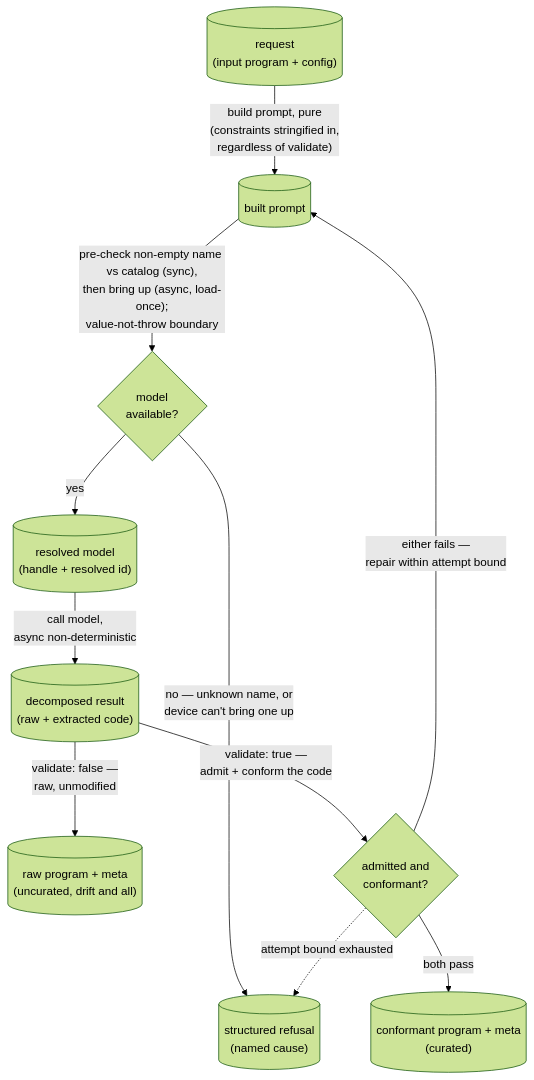
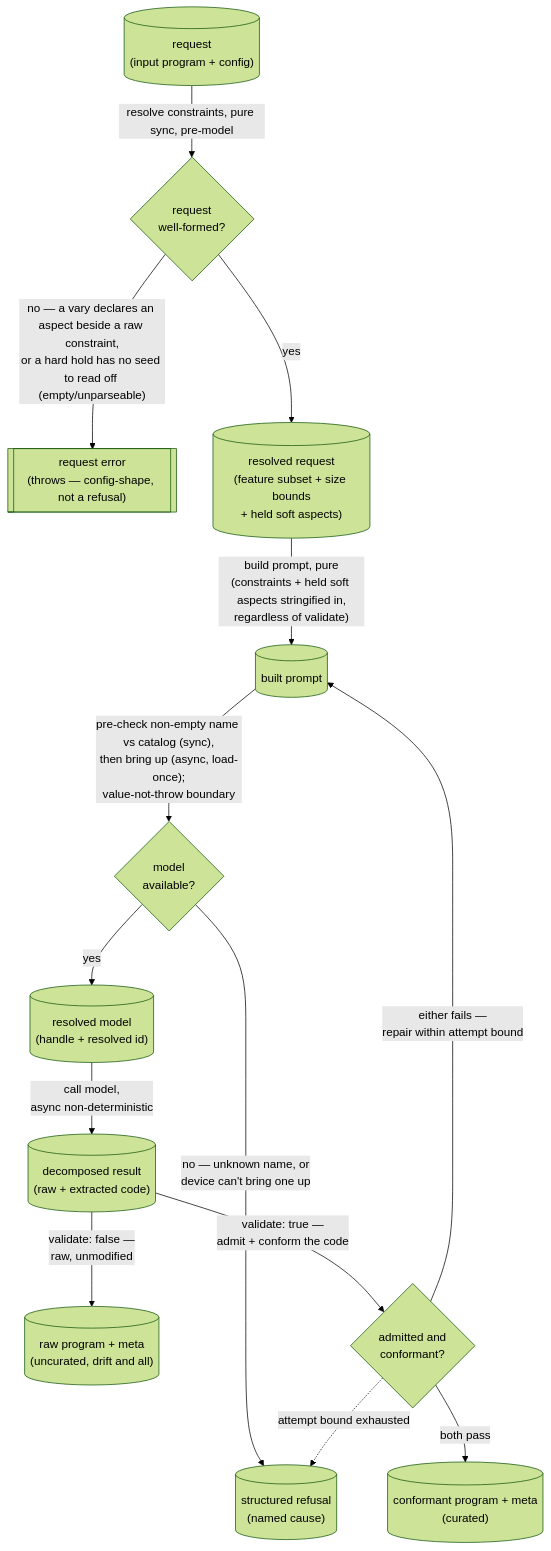
Before and after one commit to codeschoolinabox/curricula: the diagram in src/lib/study-lenses/embody/language-levels/just-enough-javascript/aithor/DOCS.md, drawn with Mermaid (forest theme). The commit also changed other lines of this file and 3 other files, not shown here.

First line of the commit message:
aithor: Phase-0 DDD for the vary config (per-aspect Variation control)

````diff
--- a/src/lib/study-lenses/embody/language-levels/just-enough-javascript/aithor/DOCS.md
+++ b/src/lib/study-lenses/embody/language-levels/just-enough-javascript/aithor/DOCS.md
@@ -56,13 +69,16 @@
 ```mermaid
 flowchart TD
-    request[("request<br/>(input program + config)")] -->|"build prompt, pure<br/>(constraints stringified in,<br/>regardless of validate)"| prompt[("built prompt")]
+    request[("request<br/>(input program + config)")] -->|"resolve constraints, pure sync, pre-model"| ok{"request<br/>well-formed?"}
+    ok -->|"no — a vary declares an aspect beside a raw constraint,<br/>or a hard hold has no seed to read off (empty/unparseable)"| err[["request error<br/>(throws — config-shape, not a refusal)"]]
+    ok -->|"yes"| shaped[("resolved request<br/>(feature subset + size bounds<br/>+ held soft aspects)")]
+    shaped -->|"build prompt, pure<br/>(constraints + held soft aspects stringified in,<br/>regardless of validate)"| prompt[("built prompt")]
     prompt -->|"pre-check non-empty name vs catalog (sync),<br/>then bring up (async, load-once);<br/>value-not-throw boundary"| avail{"model<br/>available?"}
     avail -->|"no — unknown name, or<br/>device can't bring one up"| refusal[("structured refusal<br/>(named cause)")]
     avail -->|"yes"| resolved[("resolved model<br/>(handle + resolved id)")]
     resolved -->|"call model,<br/>async non-deterministic"| candidate[("decomposed result<br/>(raw + extracted code)")]
     candidate -->|"validate: false —<br/>raw, unmodified"| raw[("raw program + meta<br/>(uncurated, drift and all)")]
     candidate -->|"validate: true —<br/>admit + conform the code"| gate{"admitted and<br/>conformant?"}
     gate -->|"both pass"| curated[("conformant program + meta<br/>(curated)")]
     gate -->|"either fails —<br/>repair within attempt bound"| prompt
     gate -.->|"attempt bound exhausted"| refusal
 ```
````
